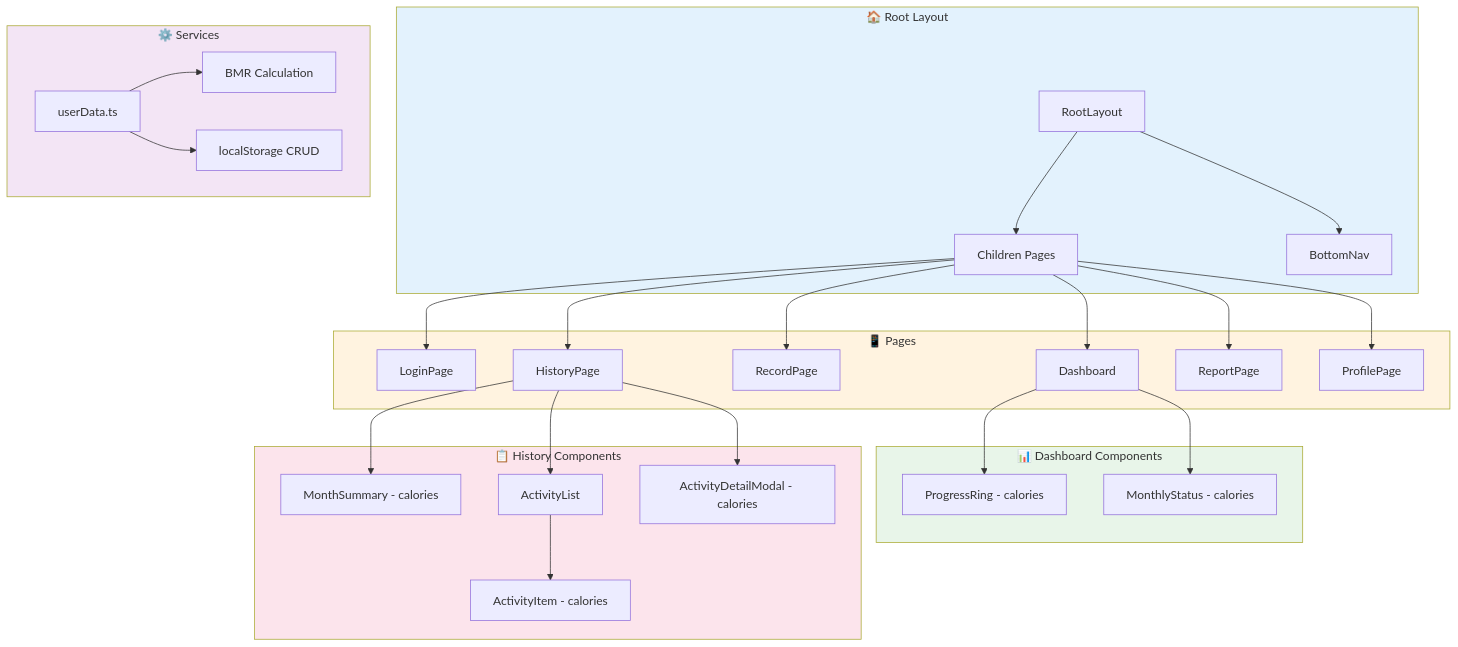
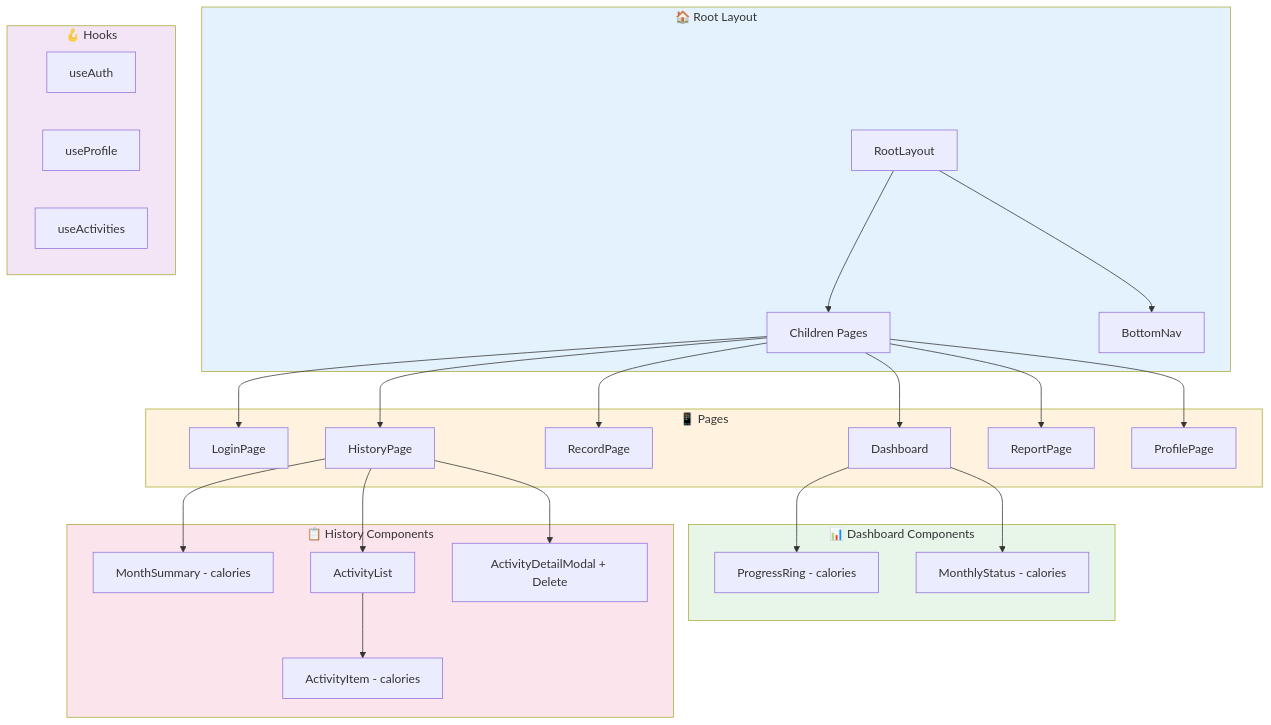
The fourth of 4 diagrams in docs/core_process.md (ilhaminudin24/ITDigital-wellbeing), drawn with Mermaid before and after one commit. The commit also changed other lines of this file and 5 other files, not shown here.

````diff
--- a/docs/core_process.md
+++ b/docs/core_process.md
@@ -395,41 +295,41 @@
 ```mermaid
 flowchart TD
     subgraph Root["🏠 Root Layout"]
         A[RootLayout]
         A --> B[Children Pages]
         A --> C[BottomNav]
     end
 
     subgraph Pages["📱 Pages"]
         B --> D[LoginPage]
         B --> E[Dashboard]
         B --> F[RecordPage]
         B --> G[HistoryPage]
         B --> H[ReportPage]
         B --> I[ProfilePage]
     end
 
     subgraph Dashboard_Components["📊 Dashboard Components"]
         E --> J[ProgressRing - calories]
         E --> K[MonthlyStatus - calories]
     end
 
     subgraph History_Components["📋 History Components"]
         G --> L[MonthSummary - calories]
         G --> M[ActivityList]
         M --> N[ActivityItem - calories]
-        G --> O[ActivityDetailModal - calories]
+        G --> O[ActivityDetailModal + Delete]
     end
 
-    subgraph Services["⚙️ Services"]
-        P[userData.ts]
-        P --> Q[BMR Calculation]
-        P --> R[localStorage CRUD]
+    subgraph Hooks["🪝 Hooks"]
+        P[useAuth]
+        Q[useProfile]
+        R[useActivities]
     end
 
     style Root fill:#e3f2fd
     style Pages fill:#fff3e0
     style Dashboard_Components fill:#e8f5e9
     style History_Components fill:#fce4ec
-    style Services fill:#f3e5f5
+    style Hooks fill:#f3e5f5
 ```
````
